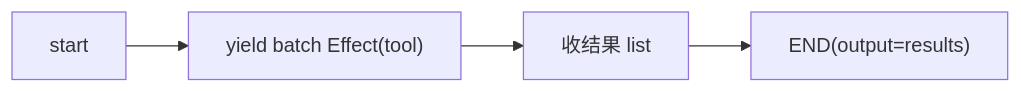
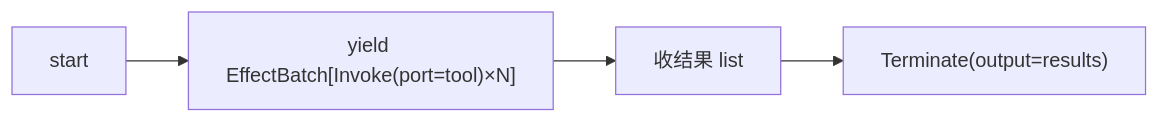
Before and after one commit to sao-lang/lll: the second of 11 diagrams in docs/02-模块详设/Agent/R12-内置架构与组合.md, drawn with Mermaid. The commit also changed other lines of this file and 127 other files, not shown here.

````diff
--- a/docs/02-模块详设/Agent/R12-内置架构与组合.md
+++ b/docs/02-模块详设/Agent/R12-内置架构与组合.md
@@ -178,5 +178,5 @@
 ```mermaid
 flowchart LR
-    S["start"] --> T["yield batch Effect(tool)"]
-    T --> R["收结果 list"] --> E["END(output=results)"]
+    S["start"] --> T["yield EffectBatch[Invoke(port=tool)×N]"]
+    T --> R["收结果 list"] --> E["Terminate(output=results)"]
 ```
````
